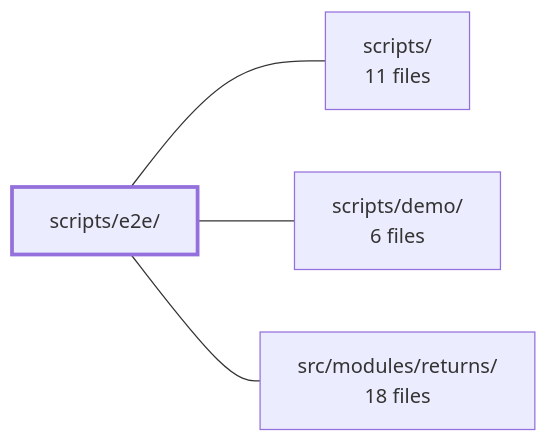
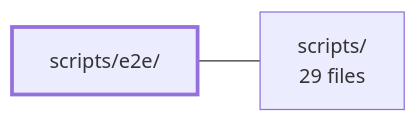
One commit to Guebbit/boilerplate-vue-frontend changed the diagram in .2brain/modules/boilerplate-vue-frontend_scripts_e2e.md. Above: the diagram before and after it, drawn with Mermaid. The commit also changed other lines of this file and 960 other files, not shown here.

````diff
--- a/.2brain/modules/boilerplate-vue-frontend_scripts_e2e.md
+++ b/.2brain/modules/boilerplate-vue-frontend_scripts_e2e.md
@@ -39,11 +36,7 @@
 ```mermaid
 flowchart LR
     m_scripts_e2e["scripts/e2e/"]
-    m_scripts["scripts/<br/>11 files"]
-    m_scripts_demo["scripts/demo/<br/>6 files"]
-    m_src_modules_returns["src/modules/returns/<br/>18 files"]
+    m_scripts["scripts/<br/>29 files"]
     m_scripts_e2e --- m_scripts
-    m_scripts_e2e --- m_scripts_demo
-    m_scripts_e2e --- m_src_modules_returns
     style m_scripts_e2e stroke-width:3px
 ```
````
